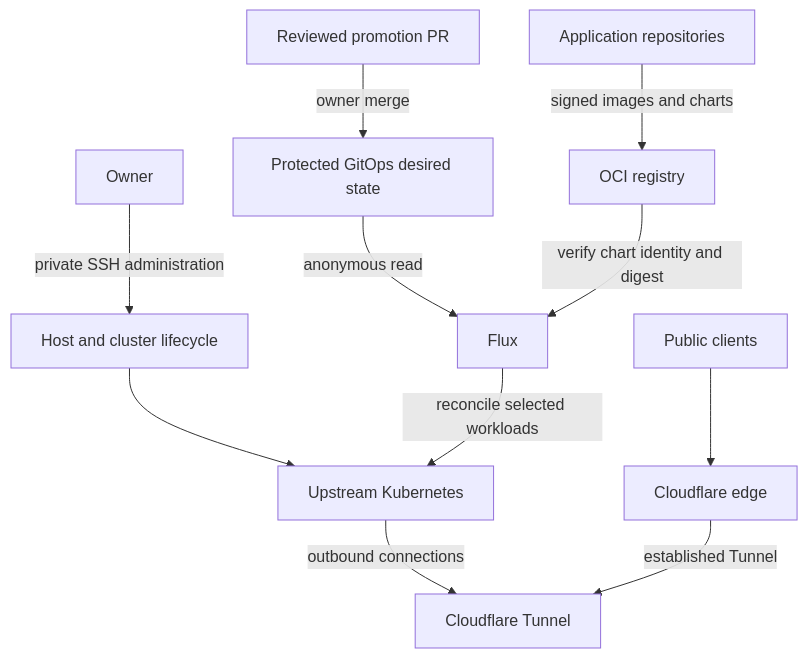
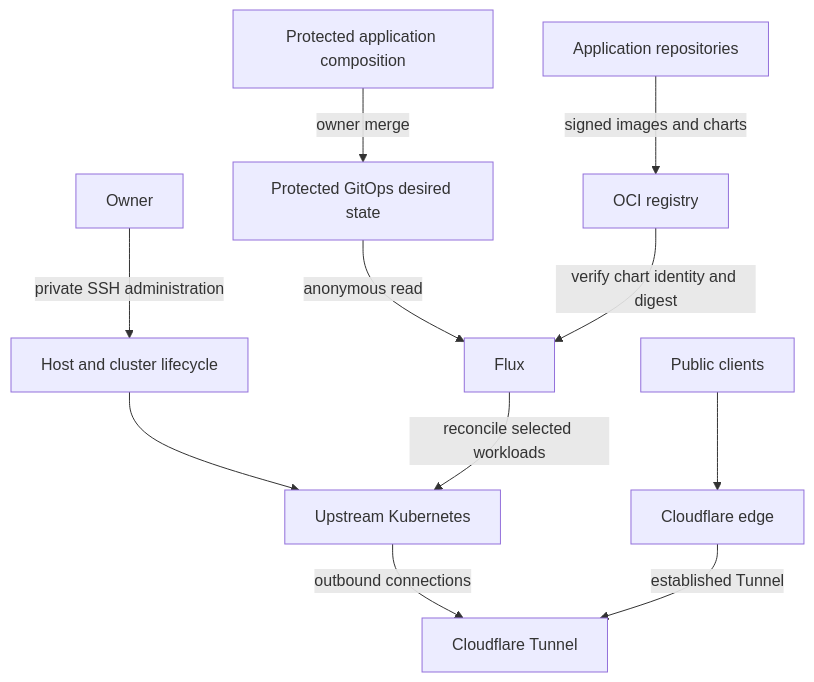
The diagram in README.md (snaraj/platform), drawn with Mermaid before and after one commit. The commit also changed other lines of this file and 102 other files, not shown here.

````diff
--- a/README.md
+++ b/README.md
@@ -31,13 +31,13 @@
 ```mermaid
 flowchart TB
     operator[Owner] -->|private SSH administration| host[Host and cluster lifecycle]
     host --> cluster[Upstream Kubernetes]
     application[Application repositories] -->|signed images and charts| registry[OCI registry]
-    promotion[Reviewed promotion PR] -->|owner merge| desired[Protected GitOps desired state]
+    composition[Protected application composition] -->|owner merge| desired[Protected GitOps desired state]
     desired -->|anonymous read| flux[Flux]
     registry -->|verify chart identity and digest| flux
     flux -->|reconcile selected workloads| cluster
     cluster -->|outbound connections| tunnel[Cloudflare Tunnel]
     visitors[Public clients] --> edge[Cloudflare edge]
     edge -->|established Tunnel| tunnel
 ```
````
